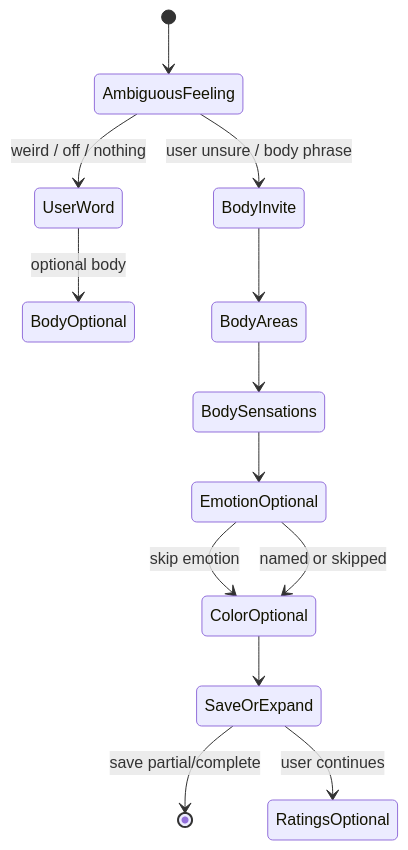
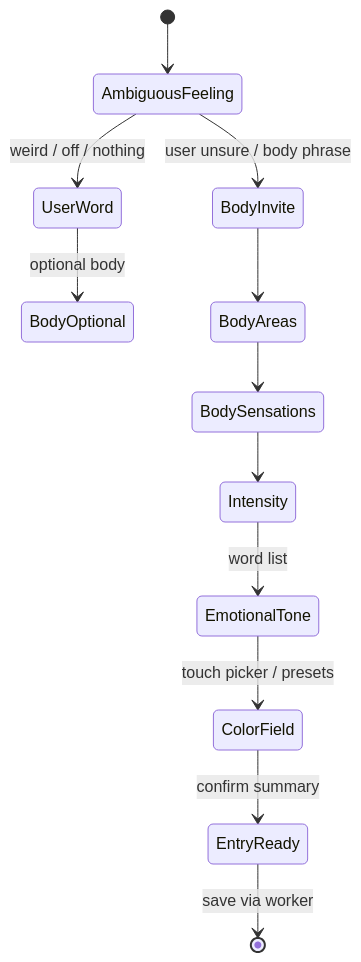
The diagram in docs/conversation/CIRCE_BODY_FIRST_FLOW.md (H34THEN/sensecap-emotion-watcher), drawn with Mermaid before and after one commit. The commit also changed other lines of this file and 12 other files, not shown here.

````diff
--- a/docs/conversation/CIRCE_BODY_FIRST_FLOW.md
+++ b/docs/conversation/CIRCE_BODY_FIRST_FLOW.md
@@ -119,15 +119,14 @@
 ```mermaid
 stateDiagram-v2
     [*] --> AmbiguousFeeling
     AmbiguousFeeling --> BodyInvite: user unsure / body phrase
     AmbiguousFeeling --> UserWord: weird / off / nothing
     UserWord --> BodyOptional: optional body
     BodyInvite --> BodyAreas
     BodyAreas --> BodySensations
-    BodySensations --> EmotionOptional
-    EmotionOptional --> ColorOptional: skip emotion
-    EmotionOptional --> ColorOptional: named or skipped
-    ColorOptional --> SaveOrExpand
-    SaveOrExpand --> [*]: save partial/complete
-    SaveOrExpand --> RatingsOptional: user continues
+    BodySensations --> Intensity
+    Intensity --> EmotionalTone: word list
+    EmotionalTone --> ColorField: touch picker / presets
+    ColorField --> EntryReady: confirm summary
+    EntryReady --> [*]: save via worker
 ```
````
